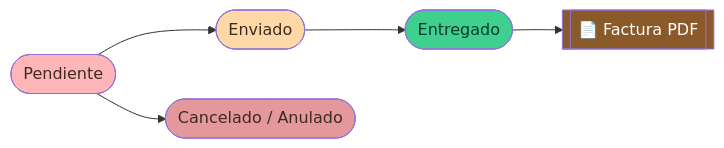
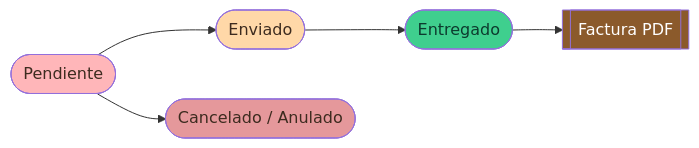
The first of 4 diagrams in README.md (19Yisus22/WEB_D.ANTOJITOS-VS_2026), drawn with Mermaid before and after one commit. The commit also changed other lines of this file and 25 other files, not shown here.

````diff
--- a/README.md
+++ b/README.md
@@ -121,11 +115,11 @@
 ```mermaid
 flowchart LR
-    P([Pendiente]) --> E([Enviado]) --> EN([Entregado]) --> F[["📄 Factura PDF"]]
+    P([Pendiente]) --> E([Enviado]) --> EN([Entregado]) --> F[["Factura PDF"]]
     P --> C([Cancelado / Anulado])
 
     style P fill:#FFB6B9,color:#3d2b1f
     style E fill:#FFD8A8,color:#3d2b1f
     style EN fill:#3FCF8E,color:#0d3b2e
     style C fill:#E5989B,color:#3d2b1f
     style F fill:#8B5A2B,color:#fff
 ```
````
